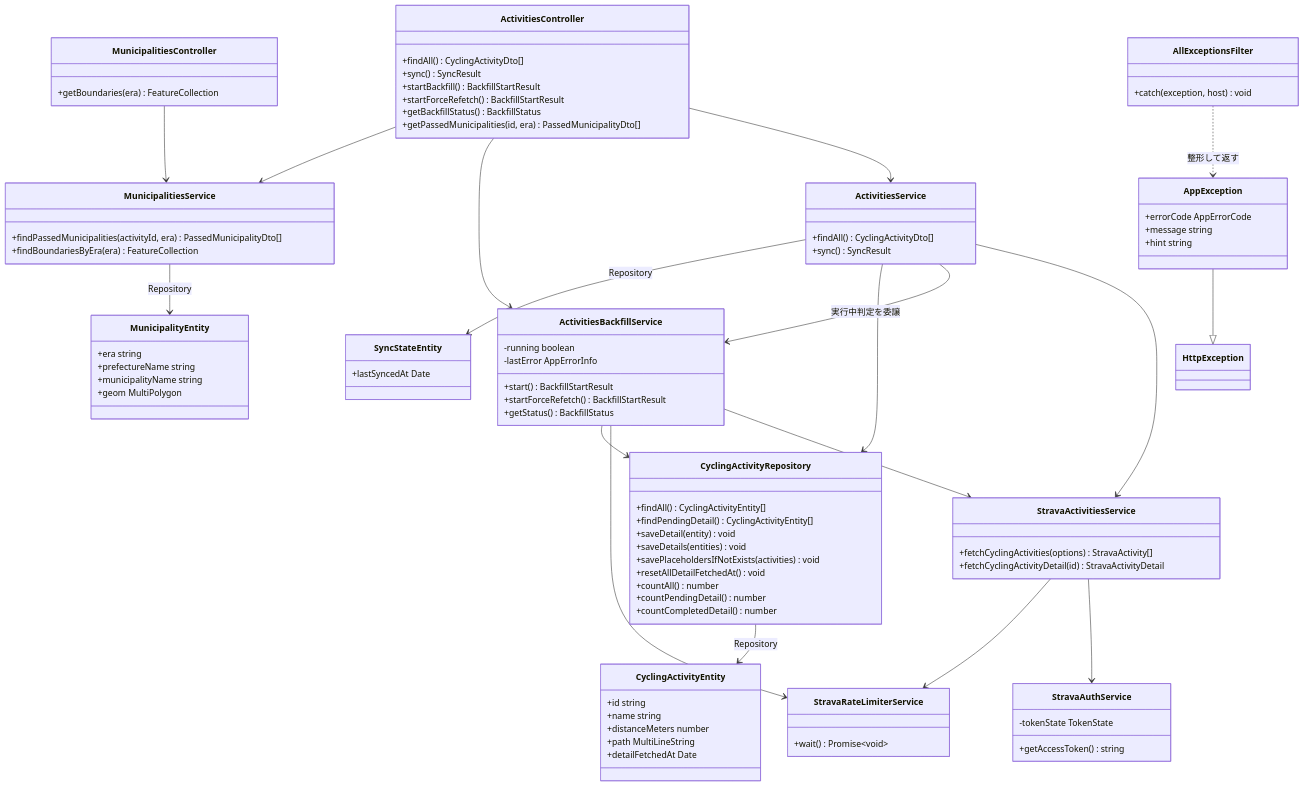
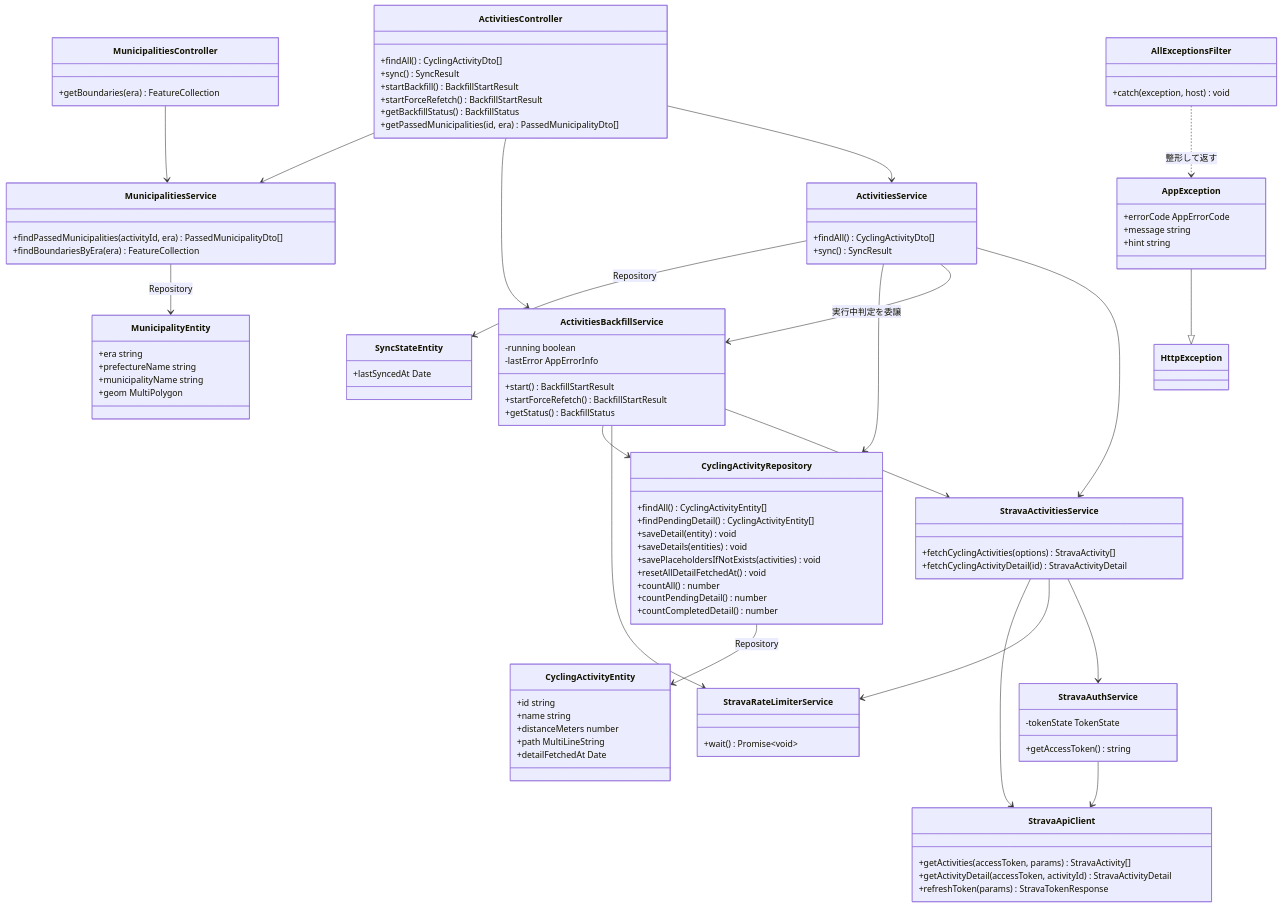
The first of 3 diagrams in designs/class_diagram.md (hyoiutu/geoInfo_viewer), drawn with Mermaid before and after one commit. The commit also changed other lines of this file and 8 other files, not shown here.

````diff
--- a/designs/class_diagram.md
+++ b/designs/class_diagram.md
@@ -37,6 +37,11 @@
     class StravaAuthService {
         -tokenState TokenState
         +getAccessToken() string
+    }
+    class StravaApiClient {
+        +getActivities(accessToken, params) StravaActivity[]
+        +getActivityDetail(accessToken, activityId) StravaActivityDetail
+        +refreshToken(params) StravaTokenResponse
     }
     class StravaRateLimiterService {
         +wait() Promise~void~
@@ -97,6 +102,8 @@
     CyclingActivityRepository --> CyclingActivityEntity : Repository
     StravaActivitiesService --> StravaAuthService
     StravaActivitiesService --> StravaRateLimiterService
+    StravaActivitiesService --> StravaApiClient
+    StravaAuthService --> StravaApiClient
     MunicipalitiesService --> MunicipalityEntity : Repository
     AllExceptionsFilter ..> AppException : 整形して返す
 ```
````
